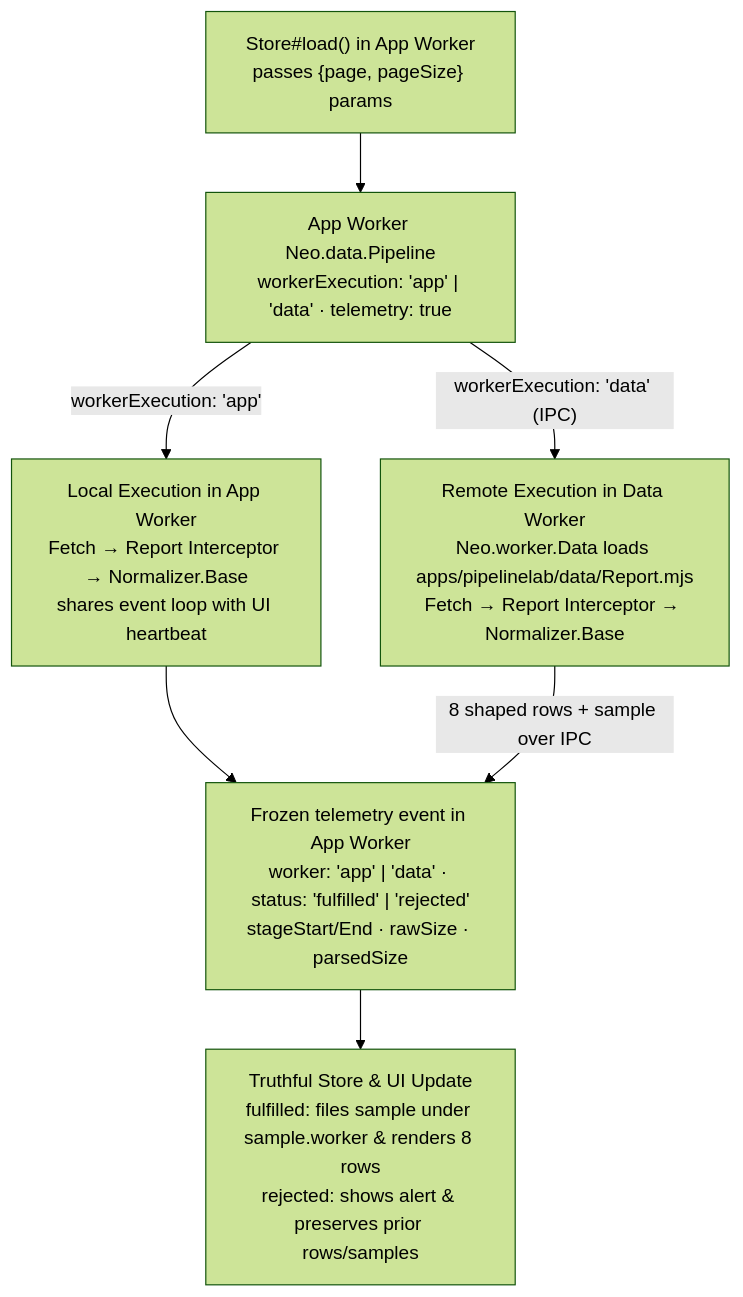
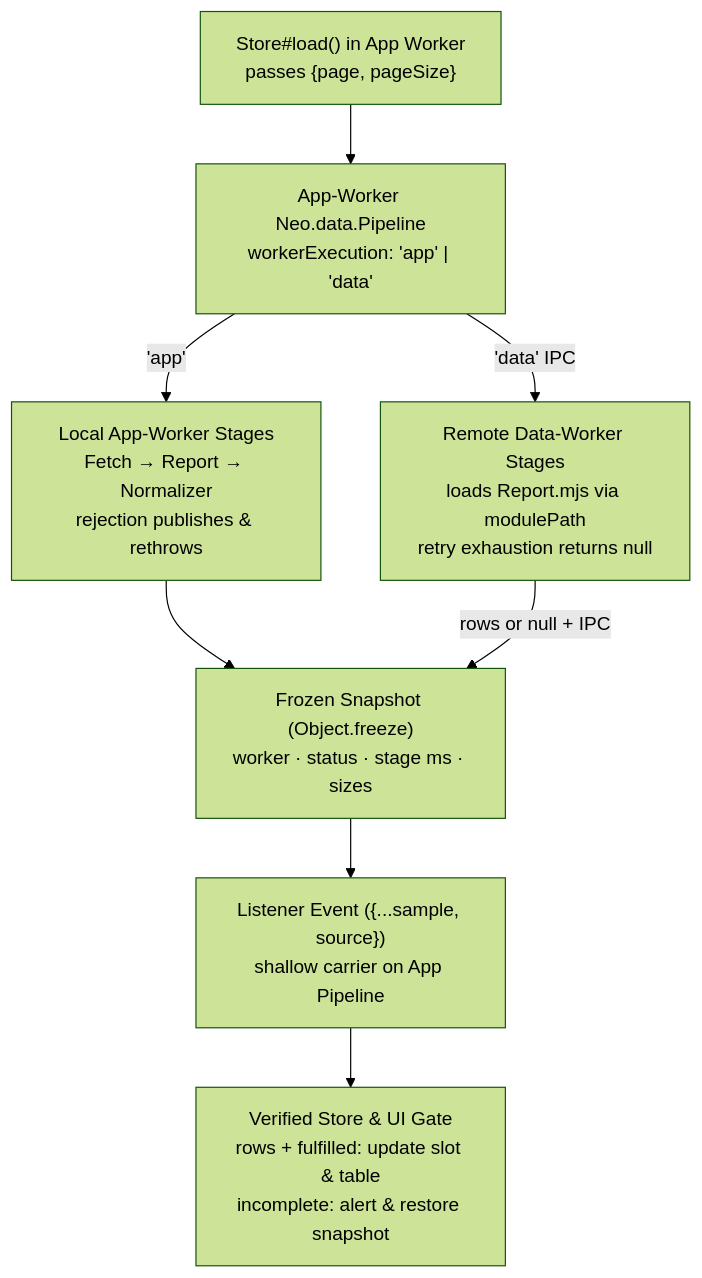
The diagram in learn/tutorials/DataPipelineWorkers.md (neomjs/neo), drawn with Mermaid (forest theme) before and after one commit. The commit also changed other lines of this file, not shown here.

Commit message:
fix(learn): harden setup, incomplete-run preservation, and contract prose (#22232)

````diff
--- a/learn/tutorials/DataPipelineWorkers.md
+++ b/learn/tutorials/DataPipelineWorkers.md
@@ -1018,16 +1050,18 @@
 ```mermaid
 flowchart TD
-    Store["Store#load() in App Worker<br/>passes {page, pageSize} params"]
-    Proxy["App Worker Neo.data.Pipeline<br/>workerExecution: 'app' | 'data' · telemetry: true"]
-    AppExec["Local Execution in App Worker<br/>Fetch → Report Interceptor → Normalizer.Base<br/>shares event loop with UI heartbeat"]
-    DataExec["Remote Execution in Data Worker<br/>Neo.worker.Data loads apps/pipelinelab/data/Report.mjs<br/>Fetch → Report Interceptor → Normalizer.Base"]
-    Telemetry["Frozen telemetry event in App Worker<br/>worker: 'app' | 'data' · status: 'fulfilled' | 'rejected'<br/>stageStart/End · rawSize · parsedSize"]
-    Outcome["Truthful Store & UI Update<br/>fulfilled: files sample under sample.worker & renders 8 rows<br/>rejected: shows alert & preserves prior rows/samples"]
+    Store["Store#load() in App Worker<br/>passes {page, pageSize}"]
+    Proxy["App-Worker Neo.data.Pipeline<br/>workerExecution: 'app' | 'data'"]
+    AppExec["Local App-Worker Stages<br/>Fetch → Report → Normalizer<br/>rejection publishes & rethrows"]
+    DataExec["Remote Data-Worker Stages<br/>loads Report.mjs via modulePath<br/>retry exhaustion returns null"]
+    Snapshot["Frozen Snapshot (Object.freeze)<br/>worker · status · stage ms · sizes"]
+    Event["Listener Event ({...sample, source})<br/>shallow carrier on App Pipeline"]
+    Outcome["Verified Store & UI Gate<br/>rows + fulfilled: update slot & table<br/>incomplete: alert & restore snapshot"]
 
     Store --> Proxy
-    Proxy -->|"workerExecution: 'app'"| AppExec
-    Proxy -->|"workerExecution: 'data' (IPC)"| DataExec
-    AppExec --> Telemetry
-    DataExec -->|"8 shaped rows + sample over IPC"| Telemetry
-    Telemetry --> Outcome
+    Proxy -->|"'app'"| AppExec
+    Proxy -->|"'data' IPC"| DataExec
+    AppExec --> Snapshot
+    DataExec -->|"rows or null + IPC"| Snapshot
+    Snapshot --> Event
+    Event --> Outcome
 ```
````
